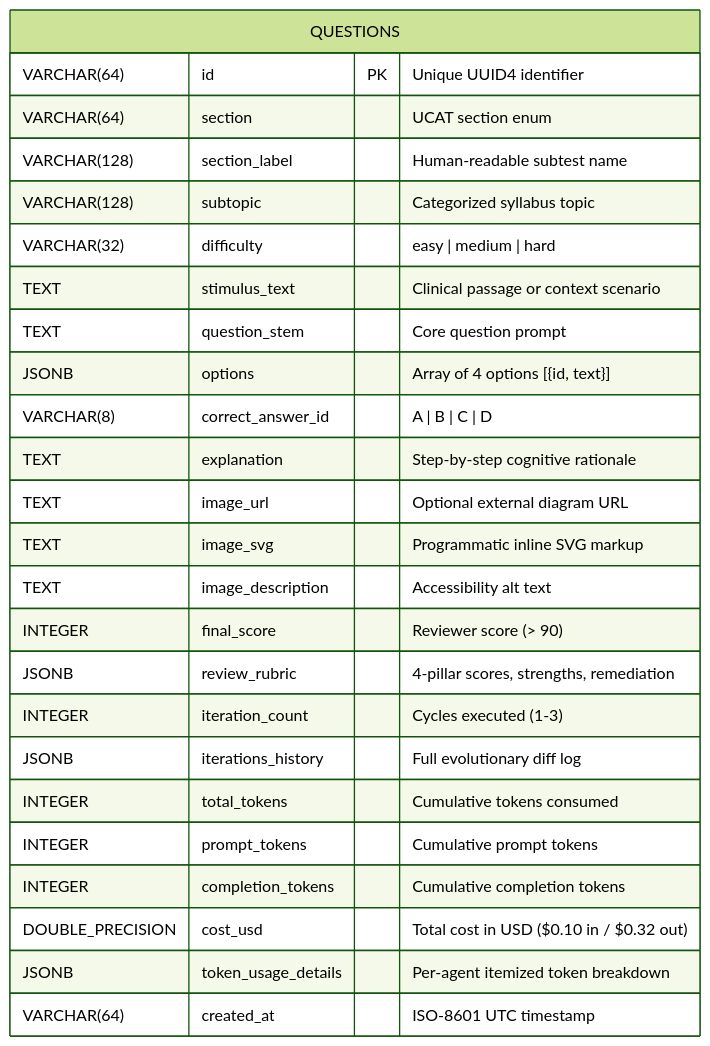
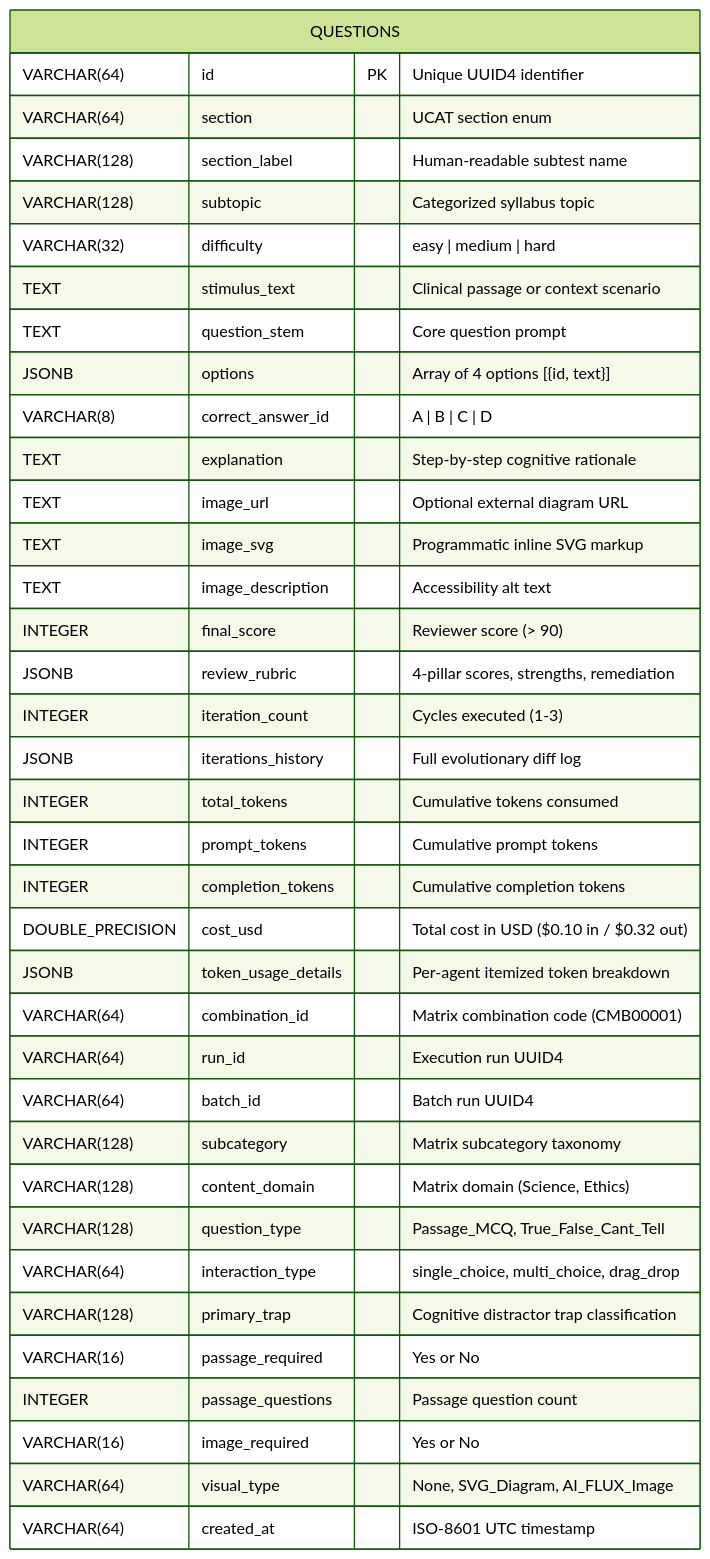
The fourth of 4 diagrams in docs/ARCHITECTURE.md (VishwamPatel-Infynno/MCAT-Question-Bank-Generator), drawn with Mermaid (forest theme) before and after one commit. The commit also changed other lines of this file and 6 other files, not shown here.

````diff
--- a/docs/ARCHITECTURE.md
+++ b/docs/ARCHITECTURE.md
@@ -216,28 +218,40 @@
 ```mermaid
 erDiagram
     QUESTIONS {
         VARCHAR(64) id PK "Unique UUID4 identifier"
         VARCHAR(64) section "UCAT section enum"
         VARCHAR(128) section_label "Human-readable subtest name"
         VARCHAR(128) subtopic "Categorized syllabus topic"
         VARCHAR(32) difficulty "easy | medium | hard"
         TEXT stimulus_text "Clinical passage or context scenario"
         TEXT question_stem "Core question prompt"
         JSONB options "Array of 4 options [{id, text}]"
         VARCHAR(8) correct_answer_id "A | B | C | D"
         TEXT explanation "Step-by-step cognitive rationale"
         TEXT image_url "Optional external diagram URL"
         TEXT image_svg "Programmatic inline SVG markup"
         TEXT image_description "Accessibility alt text"
         INTEGER final_score "Reviewer score (> 90)"
         JSONB review_rubric "4-pillar scores, strengths, remediation"
         INTEGER iteration_count "Cycles executed (1-3)"
         JSONB iterations_history "Full evolutionary diff log"
         INTEGER total_tokens "Cumulative tokens consumed"
         INTEGER prompt_tokens "Cumulative prompt tokens"
         INTEGER completion_tokens "Cumulative completion tokens"
         DOUBLE_PRECISION cost_usd "Total cost in USD ($0.10 in / $0.32 out)"
         JSONB token_usage_details "Per-agent itemized token breakdown"
+        VARCHAR(64) combination_id "Matrix combination code (CMB00001)"
+        VARCHAR(64) run_id "Execution run UUID4"
+        VARCHAR(64) batch_id "Batch run UUID4"
+        VARCHAR(128) subcategory "Matrix subcategory taxonomy"
+        VARCHAR(128) content_domain "Matrix domain (Science, Ethics)"
+        VARCHAR(128) question_type "Passage_MCQ, True_False_Cant_Tell"
+        VARCHAR(64) interaction_type "single_choice, multi_choice, drag_drop"
+        VARCHAR(128) primary_trap "Cognitive distractor trap classification"
+        VARCHAR(16) passage_required "Yes or No"
+        INTEGER passage_questions "Passage question count"
+        VARCHAR(16) image_required "Yes or No"
+        VARCHAR(64) visual_type "None, SVG_Diagram, AI_FLUX_Image"
         VARCHAR(64) created_at "ISO-8601 UTC timestamp"
     }
 ```
````
